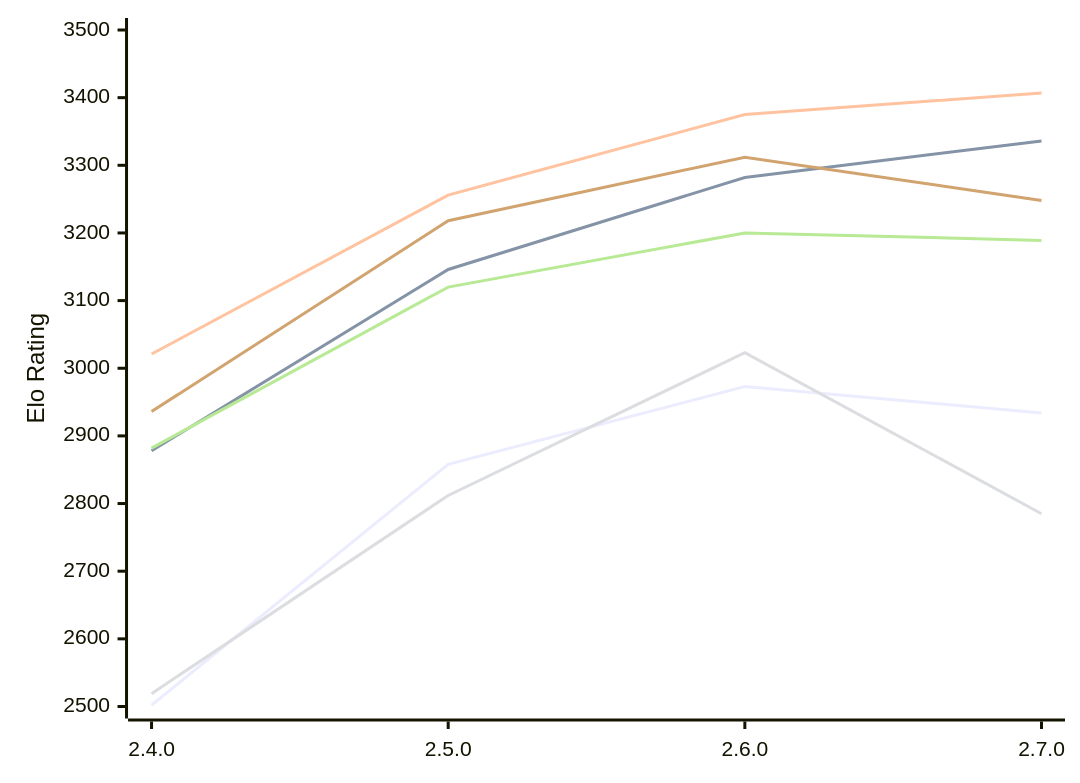
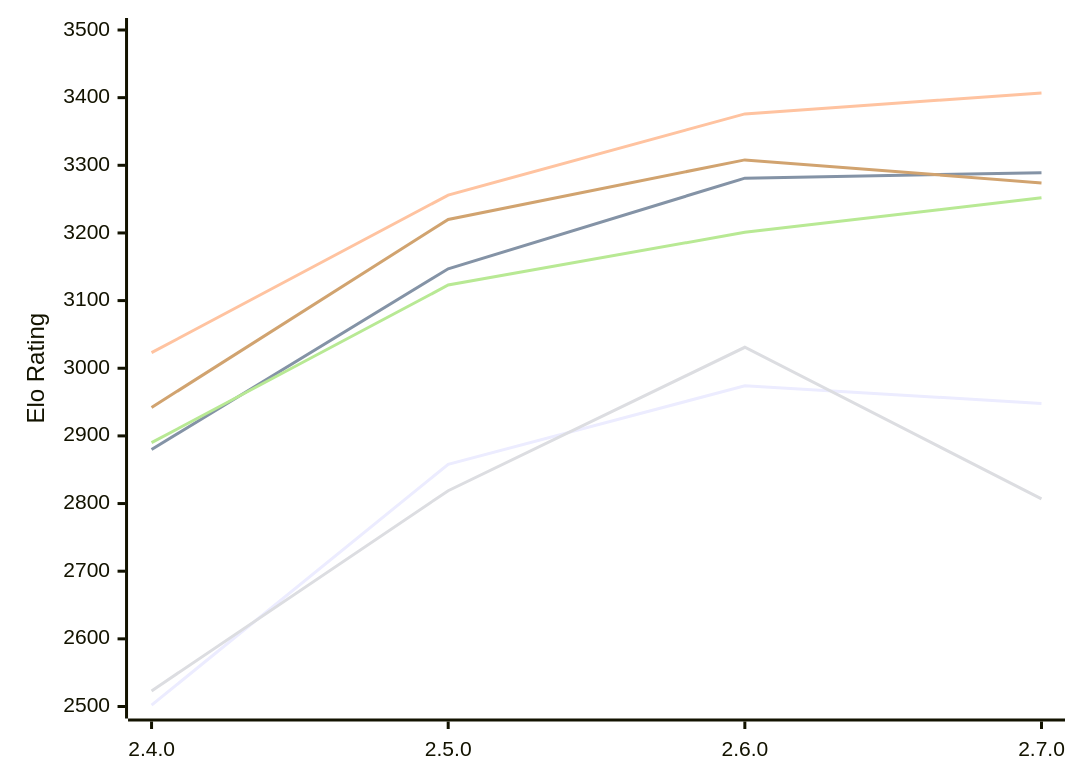
The diagram in engines/Rarog.md (computer-chess-index/cci), drawn with Mermaid before and after one commit. The commit also changed other lines of this file, not shown here.

Commit message:
Update CCI Ratings (ELO VLTC) - 2026-11-17

````diff
--- a/engines/Rarog.md
+++ b/engines/Rarog.md
@@ -53,12 +53,12 @@
 ```mermaid
 %%{init: {"theme":"base","themeVariables":{"seriesColors:['#a3a3a3','#222221','#faa371']}}}%%
 xychart-beta
   x-axis ["2.4.0", "2.5.0", "2.6.0", "2.7.0"]
   y-axis "Elo Rating" 2500 --> 3500
-  line "E1: STC (8.0+0.08s)" [2502, 2858, 2973, 2934]
-  line "E1: LTC (60.0+0.60s)" [2878, 3146, 3282, 3336]
-  line "E1: VLTC (2m24s+1.12s)" [3021, 3256, 3375, 3407]
-  line "P1: STC (8.0+0.08s)" [2519, 2812, 3023, 2785]
-  line "P1: LTC (60.0+0.60s)" [2882, 3120, 3200, 3189]
-  line "P1: VLTC (2m24s+1.12s)" [2936, 3218, 3312, 3248]
+  line "E1: STC (8.0+0.08s)" [2502, 2858, 2974, 2948]
+  line "E1: LTC (60.0+0.60s)" [2880, 3147, 3281, 3289]
+  line "E1: VLTC (2m24s+1.12s)" [3023, 3256, 3376, 3407]
+  line "P1: STC (8.0+0.08s)" [2523, 2819, 3031, 2807]
+  line "P1: LTC (60.0+0.60s)" [2890, 3123, 3201, 3252]
+  line "P1: VLTC (2m24s+1.12s)" [2942, 3220, 3308, 3274]
 ```
````
